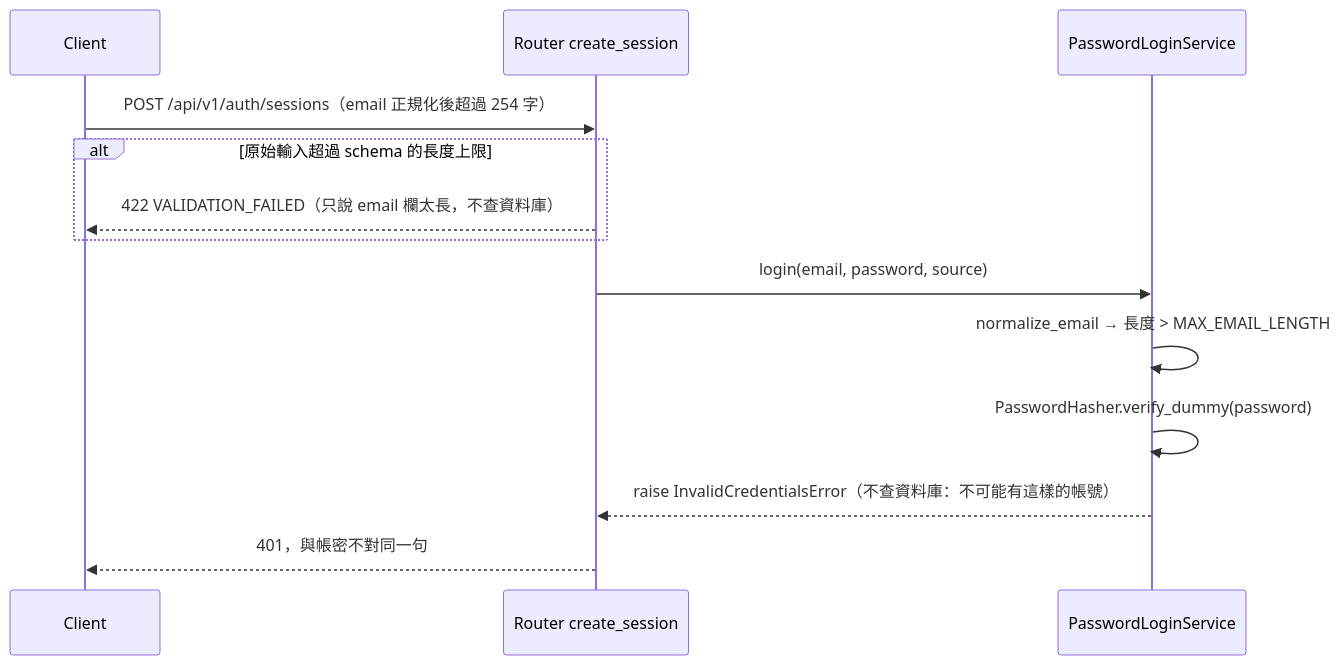
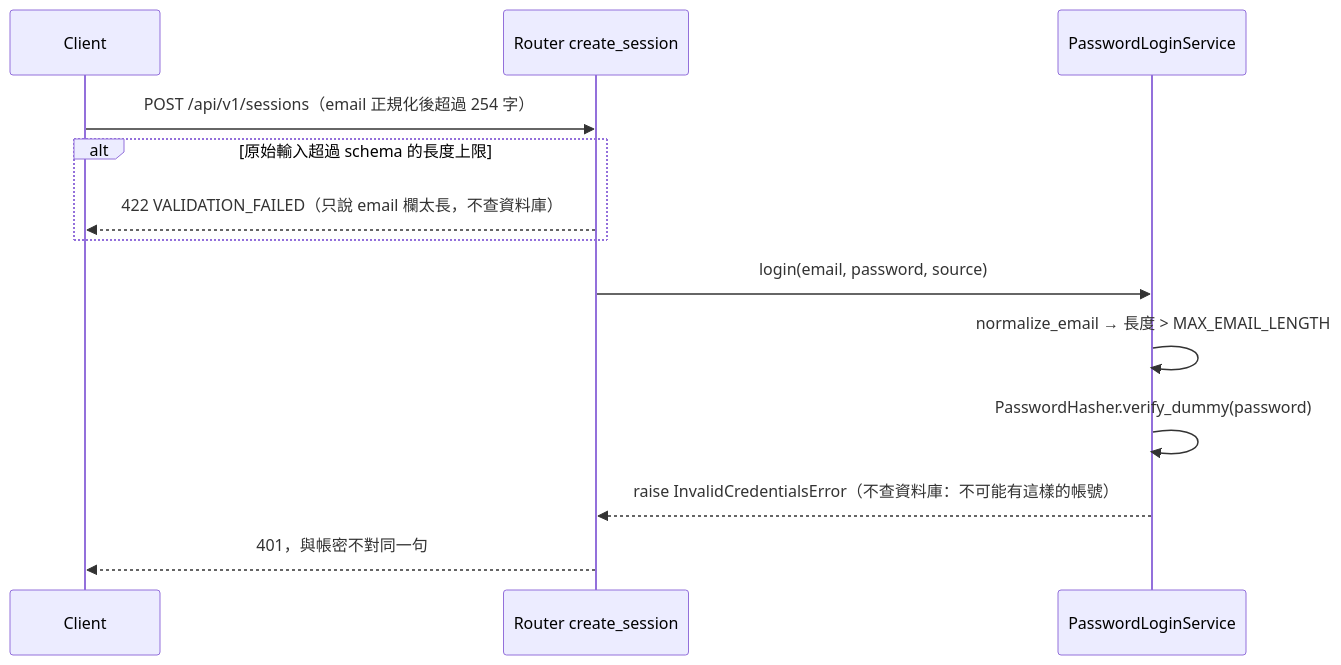
Before and after one commit to label-suite/label-suite: the ninth of 30 diagrams in openspec/changes/login-auth-guard/system-design.md, drawn with Mermaid. The commit also changed other lines of this file and 4 other files, not shown here.

First line of the commit message:
docs: write the api contract for login and auth guard (#719)

````diff
--- a/openspec/changes/login-auth-guard/system-design.md
+++ b/openspec/changes/login-auth-guard/system-design.md
@@ -484,15 +484,15 @@
 ```mermaid
 sequenceDiagram
   participant C as Client
   participant R as Router create_session
   participant L as PasswordLoginService
-  C->>R: POST /api/v1/auth/sessions（email 正規化後超過 254 字）
+  C->>R: POST /api/v1/sessions（email 正規化後超過 254 字）
   alt 原始輸入超過 schema 的長度上限
     R-->>C: 422 VALIDATION_FAILED（只說 email 欄太長，不查資料庫）
   end
   R->>L: login(email, password, source)
   L->>L: normalize_email → 長度 > MAX_EMAIL_LENGTH
   L->>L: PasswordHasher.verify_dummy(password)
   L-->>R: raise InvalidCredentialsError（不查資料庫：不可能有這樣的帳號）
   R-->>C: 401，與帳密不對同一句
 ```
````
